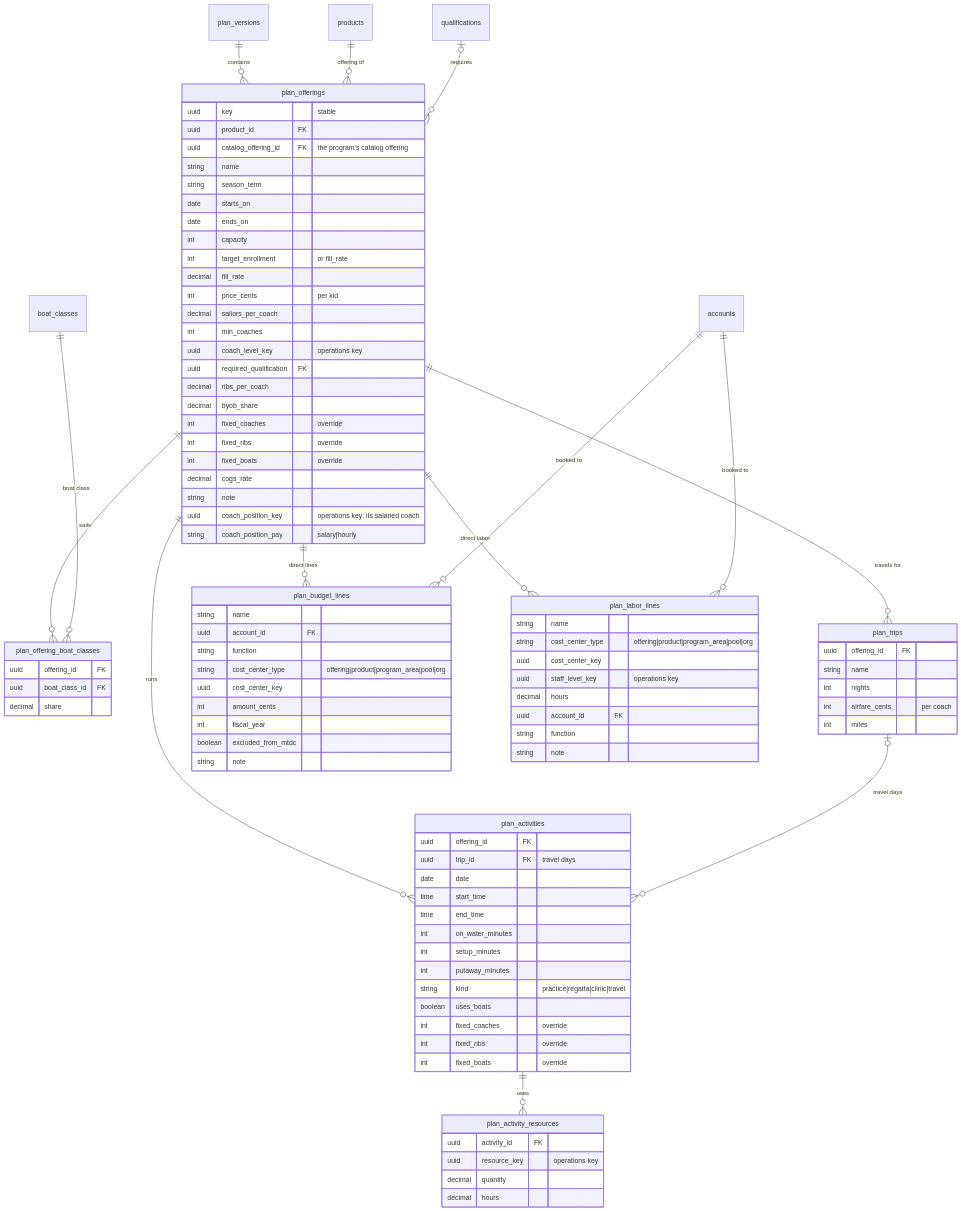
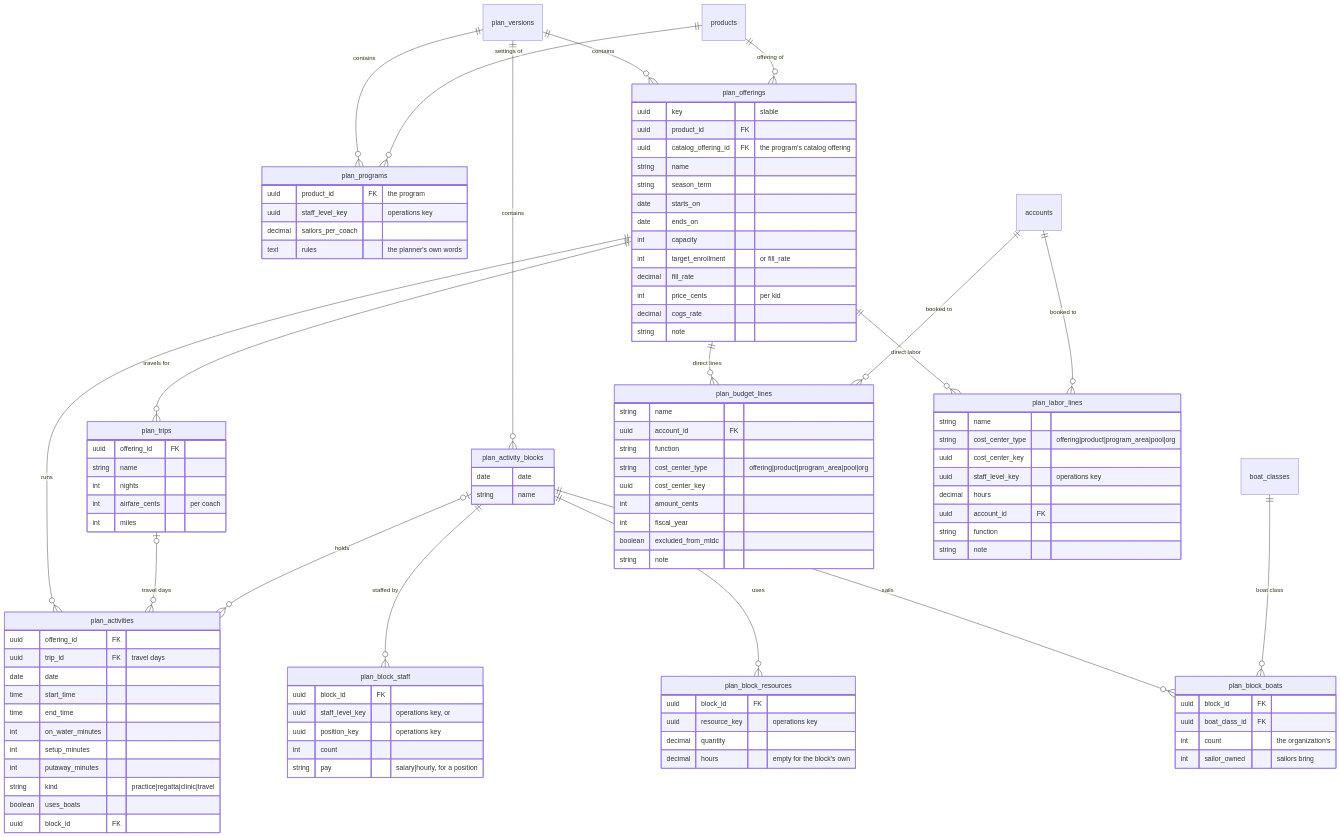
The third of 6 diagrams in docs/planning-schema.md (cyc-seattle/platform), drawn with Mermaid before and after one commit. The commit also changed other lines of this file and 25 other files, not shown here.

Commit message:
feat!: plan in dated blocks given their staff, RIBs and boats, with program settings and allocation warnings

````diff
--- a/docs/planning-schema.md
+++ b/docs/planning-schema.md
@@ -228,19 +228,29 @@
 ```mermaid
 erDiagram
+    plan_versions ||--o{ plan_programs : contains
+    products ||--o{ plan_programs : "settings of"
     plan_versions ||--o{ plan_offerings : contains
     products ||--o{ plan_offerings : "offering of"
-    qualifications |o--o{ plan_offerings : requires
-    plan_offerings ||--o{ plan_offering_boat_classes : sails
-    boat_classes ||--o{ plan_offering_boat_classes : "boat class"
     plan_offerings ||--o{ plan_activities : runs
     plan_offerings ||--o{ plan_trips : "travels for"
     plan_trips |o--o{ plan_activities : "travel days"
-    plan_activities ||--o{ plan_activity_resources : uses
+    plan_versions ||--o{ plan_activity_blocks : contains
+    plan_activity_blocks |o--o{ plan_activities : holds
+    plan_activity_blocks ||--o{ plan_block_staff : "staffed by"
+    plan_activity_blocks ||--o{ plan_block_resources : uses
+    plan_activity_blocks ||--o{ plan_block_boats : sails
+    boat_classes ||--o{ plan_block_boats : "boat class"
     plan_offerings ||--o{ plan_budget_lines : "direct lines"
     plan_offerings ||--o{ plan_labor_lines : "direct labor"
     accounts ||--o{ plan_budget_lines : "booked to"
     accounts ||--o{ plan_labor_lines : "booked to"
 
+    plan_programs {
+        uuid product_id FK "the program"
+        uuid staff_level_key "operations key"
+        decimal sailors_per_coach
+        text rules "the planner's own words"
+    }
     plan_offerings {
         uuid key "stable"
         uuid product_id FK
@@ -253,24 +263,8 @@
         int target_enrollment "or fill_rate"
         decimal fill_rate
         int price_cents "per kid"
-        decimal sailors_per_coach
-        int min_coaches
-        uuid coach_level_key "operations key"
-        uuid required_qualification FK
-        decimal ribs_per_coach
-        decimal byob_share
-        int fixed_coaches "override"
-        int fixed_ribs "override"
-        int fixed_boats "override"
         decimal cogs_rate
         string note
-        uuid coach_position_key "operations key: its salaried coach"
-        string coach_position_pay "salary|hourly"
-    }
-    plan_offering_boat_classes {
-        uuid offering_id FK
-        uuid boat_class_id FK
-        decimal share
     }
     plan_activities {
         uuid offering_id FK
@@ -283,9 +277,30 @@
         int putaway_minutes
         string kind "practice|regatta|clinic|travel"
         boolean uses_boats
-        int fixed_coaches "override"
-        int fixed_ribs "override"
-        int fixed_boats "override"
+        uuid block_id FK
+    }
+    plan_activity_blocks {
+        date date
+        string name
+    }
+    plan_block_staff {
+        uuid block_id FK
+        uuid staff_level_key "operations key, or"
+        uuid position_key "operations key"
+        int count
+        string pay "salary|hourly, for a position"
+    }
+    plan_block_resources {
+        uuid block_id FK
+        uuid resource_key "operations key"
+        decimal quantity
+        decimal hours "empty for the block's own"
+    }
+    plan_block_boats {
+        uuid block_id FK
+        uuid boat_class_id FK
+        int count "the organization's"
+        int sailor_owned "sailors bring"
     }
     plan_trips {
         uuid offering_id FK
@@ -293,12 +308,6 @@
         int nights
         int airfare_cents "per coach"
         int miles
-    }
-    plan_activity_resources {
-        uuid activity_id FK
-        uuid resource_key "operations key"
-        decimal quantity
-        decimal hours
     }
     plan_labor_lines {
         string name
````
